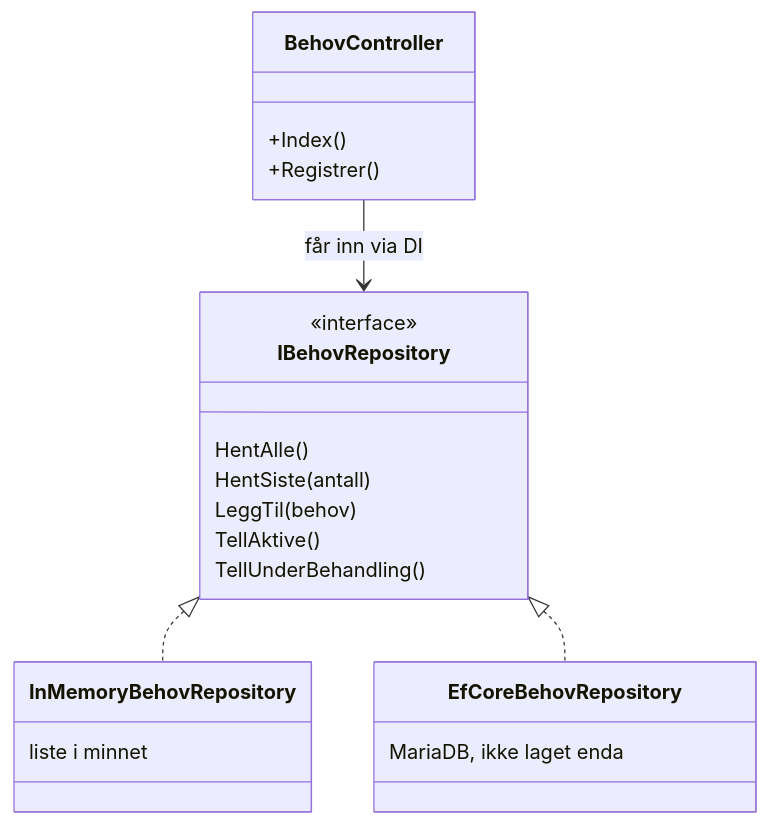
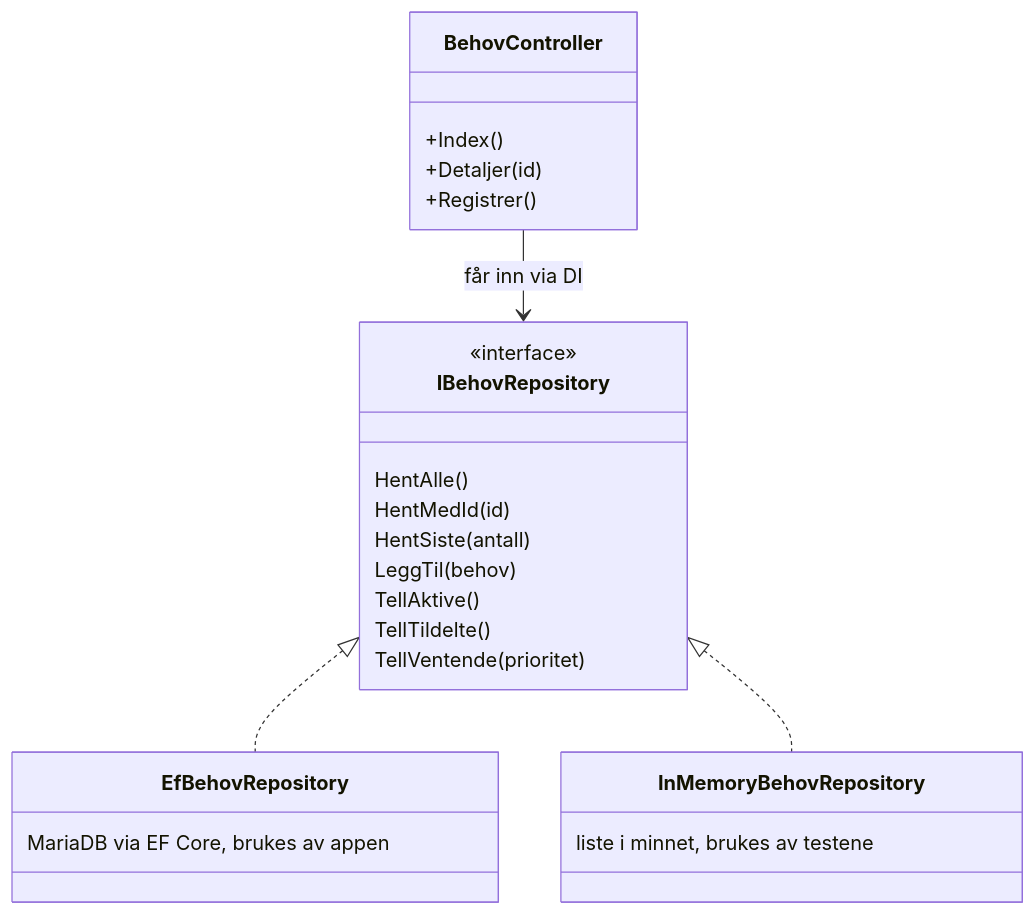
Before and after one commit to thilomoi05/Prosjekt_host_1: the second of 6 diagrams in docs/arkitektur.md, drawn with Mermaid. The commit also changed other lines of this file and 19 other files, not shown here.

````diff
--- a/docs/arkitektur.md
+++ b/docs/arkitektur.md
@@ -127,24 +134,27 @@
 ```mermaid
 classDiagram
     class BehovController {
         +Index()
+        +Detaljer(id)
         +Registrer()
     }
     class IBehovRepository {
         <<interface>>
         HentAlle()
+        HentMedId(id)
         HentSiste(antall)
         LeggTil(behov)
         TellAktive()
-        TellUnderBehandling()
+        TellTildelte()
+        TellVentende(prioritet)
+    }
+    class EfBehovRepository {
+        MariaDB via EF Core, brukes av appen
     }
     class InMemoryBehovRepository {
-        liste i minnet
-    }
-    class EfCoreBehovRepository {
-        MariaDB, ikke laget enda
+        liste i minnet, brukes av testene
     }
     BehovController --> IBehovRepository : får inn via DI
+    IBehovRepository <|.. EfBehovRepository
     IBehovRepository <|.. InMemoryBehovRepository
-    IBehovRepository <|.. EfCoreBehovRepository
 ```
````
